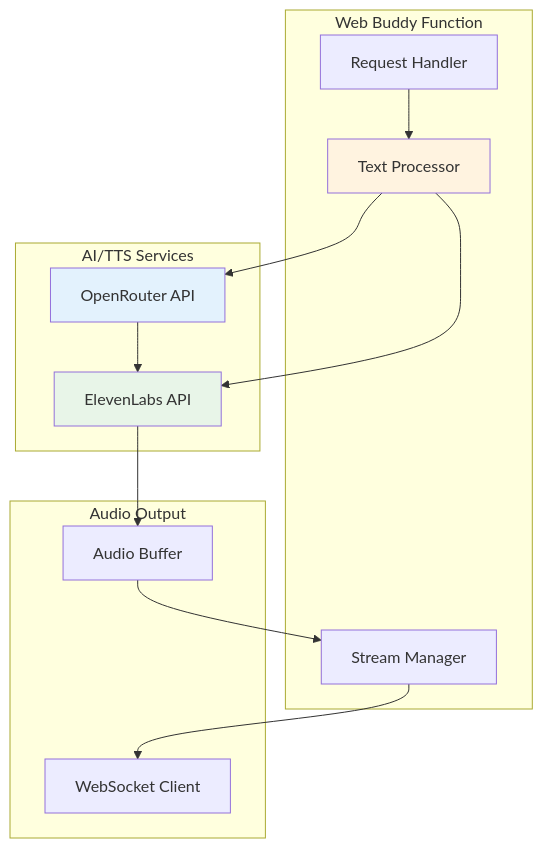
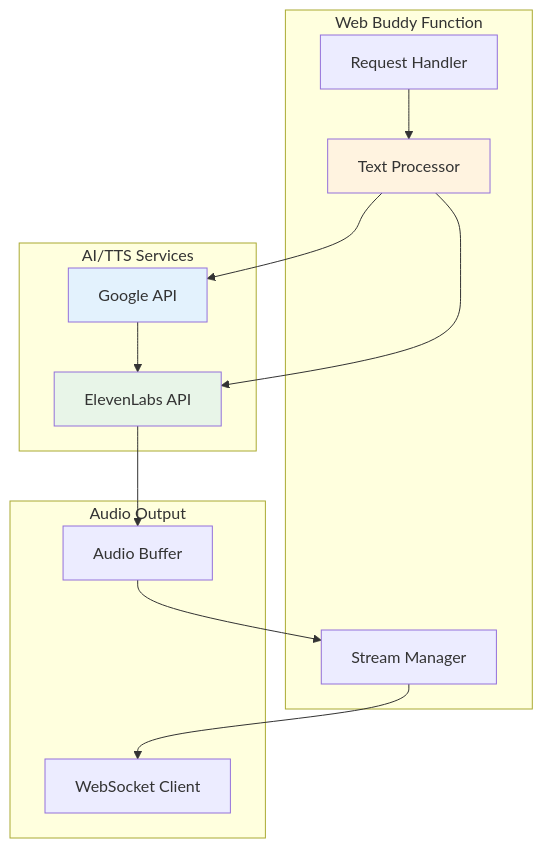
One commit to ngelik/tts-web-buddy-tech-demo changed the fourth of 6 diagrams in README.md. Above: the diagram before and after it, drawn with Mermaid. The commit also changed other lines of this file, not shown here.

First line of the commit message:
docs: Update README to reflect integration with Google AI models

````diff
--- a/README.md
+++ b/README.md
@@ -161,30 +161,30 @@
 ```mermaid
 graph TB
     subgraph "Web Buddy Function"
         REQ[Request Handler]
         PROC[Text Processor]
         STREAM[Stream Manager]
     end
     
     subgraph "AI/TTS Services"
         EL[ElevenLabs API]
-        OR[OpenRouter API]
+        OR[Google API]
     end
     
     subgraph "Audio Output"
         BUFFER[Audio Buffer]
         CLIENT[WebSocket Client]
     end
     
     REQ --> PROC
     PROC --> EL
     PROC --> OR
     OR --> EL
     EL --> BUFFER
     BUFFER --> STREAM
     STREAM --> CLIENT
     
     style EL fill:#e8f5e8
     style OR fill:#e3f2fd
     style PROC fill:#fff3e0
 ```
````
